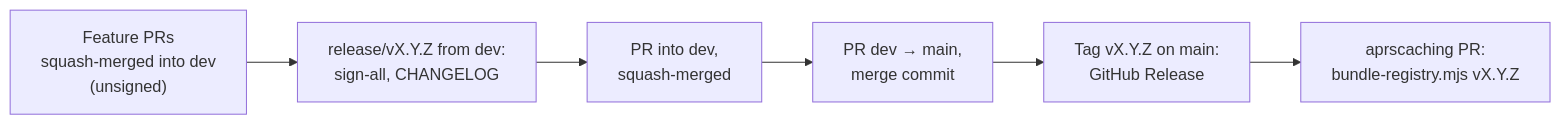
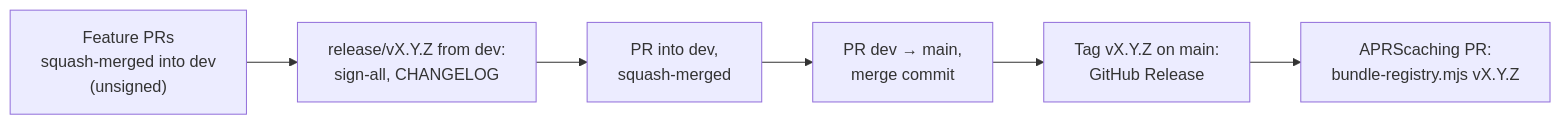
Before and after one commit to apachler/aprscaching-tools: the diagram in docs/project/maintain.md, drawn with Mermaid. The commit also changed other lines of this file and 60 other files, not shown here.

````diff
--- a/docs/project/maintain.md
+++ b/docs/project/maintain.md
@@ -13,8 +13,8 @@
 ```mermaid
 flowchart LR
   F["Feature PRs<br/>squash-merged into dev<br/>(unsigned)"] --> R["release/vX.Y.Z from dev:<br/>sign-all, CHANGELOG"]
   R --> D["PR into dev,<br/>squash-merged"]
   D --> M["PR dev → main,<br/>merge commit"]
   M --> T["Tag vX.Y.Z on main:<br/>GitHub Release"]
-  T --> A["aprscaching PR:<br/>bundle-registry.mjs vX.Y.Z"]
+  T --> A["APRScaching PR:<br/>bundle-registry.mjs vX.Y.Z"]
 ```
````
